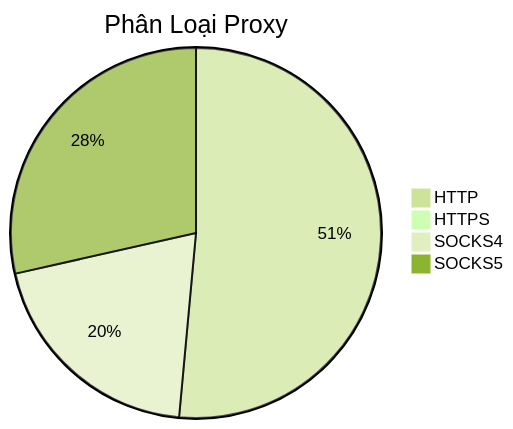
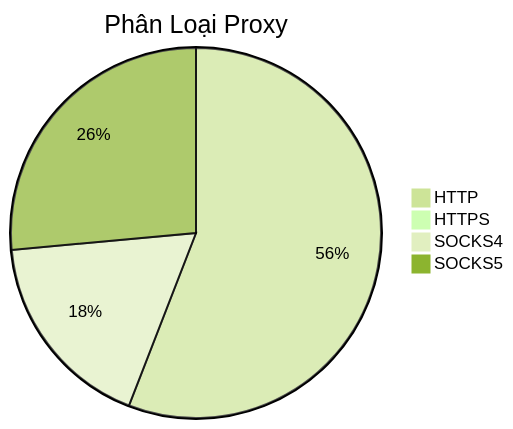
The diagram in README.md (Ciara-12/PROXY-free), drawn with Mermaid (forest theme) before and after one commit. The commit also changed other lines of this file and 4 other files, not shown here.

````diff
--- a/README.md
+++ b/README.md
@@ -26,7 +26,7 @@
 ```mermaid
 pie title Phân Loại Proxy
-    "HTTP" : 635
-    "HTTPS" : 5
-    "SOCKS4" : 247
-    "SOCKS5" : 352
+    "HTTP" : 716
+    "HTTPS" : 6
+    "SOCKS4" : 226
+    "SOCKS5" : 339
 ```
````
